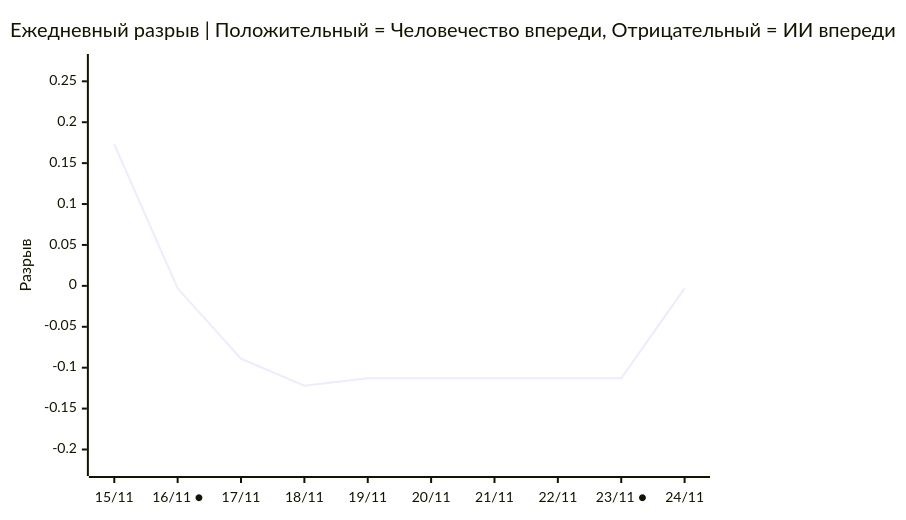
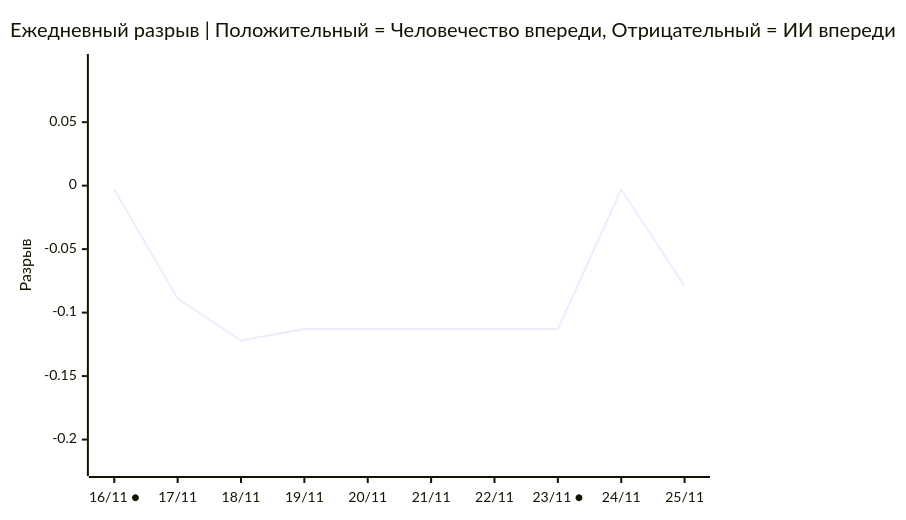
One commit to VQQLK/Human-AI-Monitor changed the third of 3 diagrams in README.ru.md. Above: the diagram before and after it, drawn with Mermaid. The commit also changed other lines of this file and 5 other files, not shown here.

````diff
--- a/README.ru.md
+++ b/README.ru.md
@@ -54,7 +54,7 @@
 ```mermaid
 xychart-beta
     title "Ежедневный разрыв | Положительный = Человечество впереди, Отрицательный = ИИ впереди"
-    x-axis ["15/11", "16/11 ●", "17/11", "18/11", "19/11", "20/11", "21/11", "22/11", "23/11 ●", "24/11"]
-    y-axis "Разрыв" -0.222 --> 0.273
-    line [0.173, -0.003, -0.089, -0.122, -0.113, -0.113, -0.113, -0.113, -0.113, -0.003]
+    x-axis ["16/11 ●", "17/11", "18/11", "19/11", "20/11", "21/11", "22/11", "23/11 ●", "24/11", "25/11"]
+    y-axis "Разрыв" -0.222 --> 0.097
+    line [-0.003, -0.089, -0.122, -0.113, -0.113, -0.113, -0.113, -0.113, -0.003, -0.079]
 ```
````
